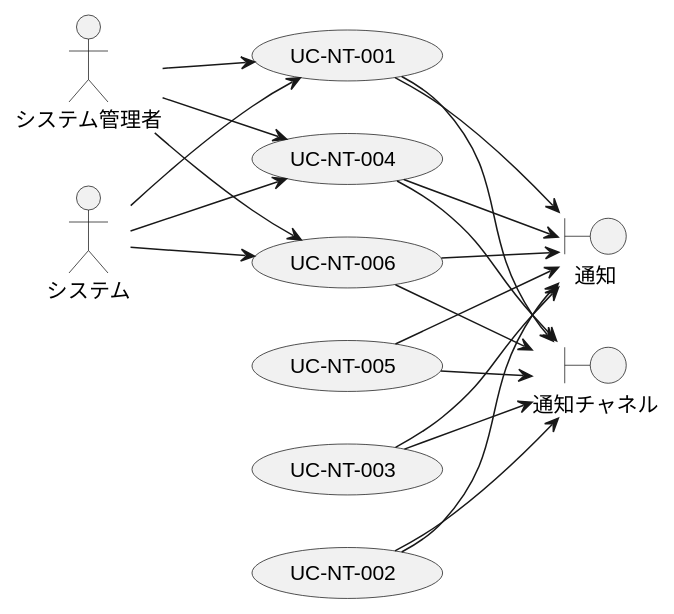
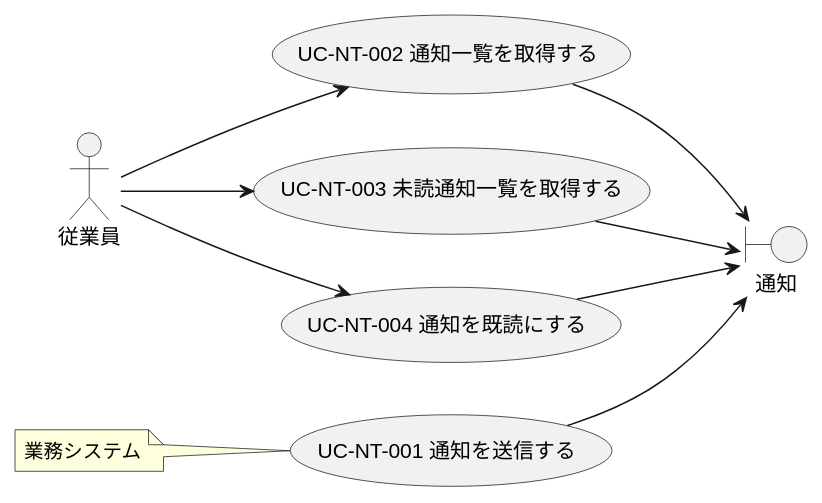
One commit to mizo432/modulith-learning changed the diagram in docs/22 要件定義書/NT 通知/03 機能要件/NT-01 通知管理/03.システム境界/UC複合図.md. Above: the diagram before and after it, drawn with PlantUML. The commit also changed other lines of this file and 177 other files, not shown here.

```diff
--- a/docs/22 要件定義書/NT 通知/03 機能要件/NT-01 通知管理/03.システム境界/UC複合図.md
+++ b/docs/22 要件定義書/NT 通知/03 機能要件/NT-01 通知管理/03.システム境界/UC複合図.md
@@ -5,36 +5,24 @@
 @startuml
 left to right direction
 
-actor "システム管理者" as システム管理者
-actor "システム" as システム
+actor "従業員" as 従業員
+note "業務システム" as 業務システム
 
-usecase "UC-NT-001" as UC_NT_001
-usecase "UC-NT-004" as UC_NT_004
-usecase "UC-NT-006" as UC_NT_006
-usecase "UC-NT-005" as UC_NT_005
-usecase "UC-NT-003" as UC_NT_003
-usecase "UC-NT-002" as UC_NT_002
+usecase "UC-NT-001 通知を送信する" as UC_NT_001
+usecase "UC-NT-002 通知一覧を取得する" as UC_NT_002
+usecase "UC-NT-003 未読通知一覧を取得する" as UC_NT_003
+usecase "UC-NT-004 通知を既読にする" as UC_NT_004
 
-boundary "通知" as NOTIFICATION
-boundary "通知チャネル" as NOTIFICATION_CHANNEL
+boundary "通知" as 通知
 
-システム管理者 --> UC_NT_001
-システム管理者 --> UC_NT_004
-システム管理者 --> UC_NT_006
-システム --> UC_NT_001
-システム --> UC_NT_004
-システム --> UC_NT_006
+業務システム --> UC_NT_001
 
-UC_NT_001 --> NOTIFICATION
-UC_NT_001 --> NOTIFICATION_CHANNEL
-UC_NT_004 --> NOTIFICATION
-UC_NT_004 --> NOTIFICATION_CHANNEL
-UC_NT_006 --> NOTIFICATION
-UC_NT_006 --> NOTIFICATION_CHANNEL
-UC_NT_005 --> NOTIFICATION
-UC_NT_005 --> NOTIFICATION_CHANNEL
-UC_NT_003 --> NOTIFICATION
-UC_NT_003 --> NOTIFICATION_CHANNEL
-UC_NT_002 --> NOTIFICATION
-UC_NT_002 --> NOTIFICATION_CHANNEL
+従業員 --> UC_NT_002
+従業員 --> UC_NT_003
+従業員 --> UC_NT_004
+
+UC_NT_001 --> 通知
+UC_NT_002 --> 通知
+UC_NT_003 --> 通知
+UC_NT_004 --> 通知
 @enduml
```
